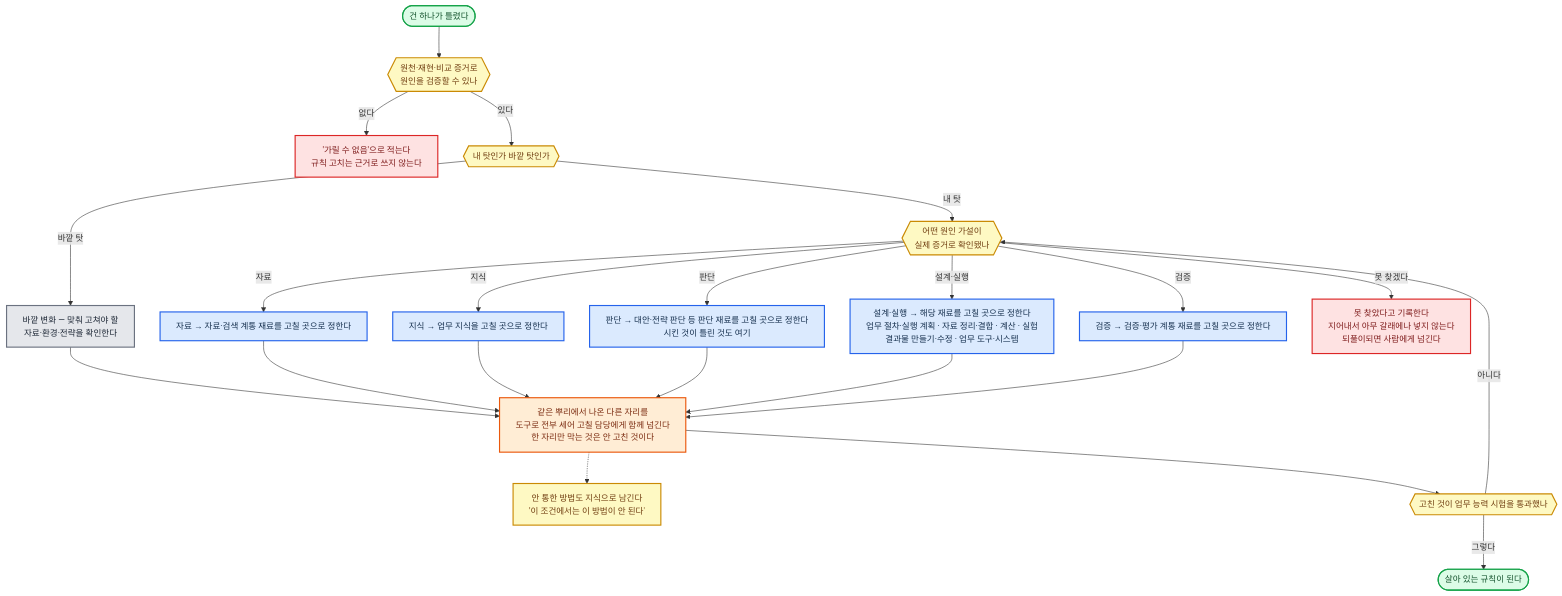
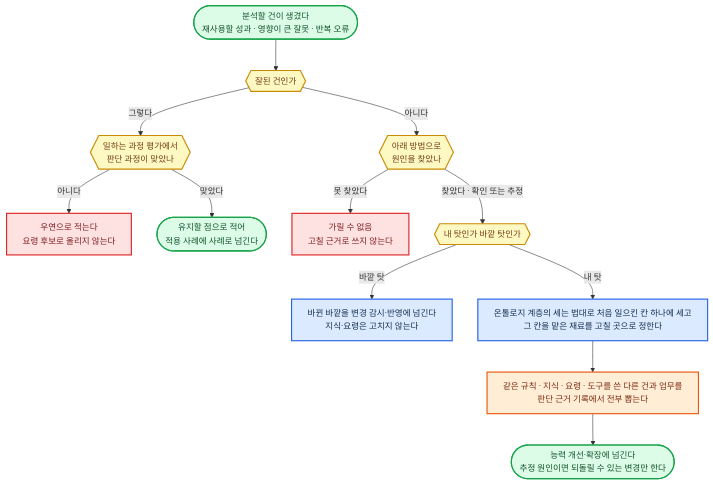
Before and after one commit to harisbaguette/expert: diagram 25 of 26 in 전문가 에이전트 정의 2.md, drawn with Mermaid. The commit also changed other lines of this file and 9 other files, not shown here.

````diff
--- a/전문가 에이전트 정의 2.md
+++ b/전문가 에이전트 정의 2.md
@@ -2451,47 +2798,20 @@
 ```mermaid
 %%{init: {"flowchart": {"wrappingWidth": 640, "curve": "basis", "nodeSpacing": 45, "rankSpacing": 55, "padding": 14, "useMaxWidth": true}, "themeVariables": {"fontSize": "15px"}} }%%
 flowchart TB
-    S(["건 하나가 틀렸다"]):::good
-    Q0{{"원천·재현·비교 증거로<br/>원인을 검증할 수 있나"}}:::note
-    NA["'가릴 수 없음'으로 적는다<br/>규칙 고치는 근거로 쓰지 않는다"]:::stop
-    Q1{{"내 탓인가 바깥 탓인가"}}:::note
-    OUT["바깥 변화 — 맞춰 고쳐야 할<br/>자료·환경·전략을 확인한다"]:::store
-    Q2{{"어떤 원인 가설이<br/>실제 증거로 확인됐나"}}:::note
-    G1["자료 → 자료·검색 계통 재료를 고칠 곳으로 정한다"]:::main
-    G2["지식 → 업무 지식을 고칠 곳으로 정한다"]:::main
-    G3["판단 → 대안·전략 판단 등 판단 재료를 고칠 곳으로 정한다<br/>시킨 것이 틀린 것도 여기"]:::main
-    G4["설계·실행 → 해당 재료를 고칠 곳으로 정한다<br/>업무 절차·실행 계획 · 자료 정리·결합 · 계산 · 실험<br/>결과물 만들기·수정 · 업무 도구·시스템"]:::main
-    G5["검증 → 검증·평가 계통 재료를 고칠 곳으로 정한다"]:::main
-    NF["못 찾았다고 기록한다<br/>지어내서 아무 갈래에나 넣지 않는다<br/>되풀이되면 사람에게 넘긴다"]:::stop
-    ROOT["같은 뿌리에서 나온 다른 자리를<br/>도구로 전부 세어 고칠 담당에게 함께 넘긴다<br/>한 자리만 막는 것은 안 고친 것이다"]:::back
-    NOTE["안 통한 방법도 지식으로 남긴다<br/>'이 조건에서는 이 방법이 안 된다'"]:::note
-    T{{"고친 것이 업무 능력 시험을 통과했나"}}:::note
-    OK(["살아 있는 규칙이 된다"]):::good
-    S --> Q0
-    Q0 -- "없다" --> NA
-    Q0 -- "있다" --> Q1
-    OUT --> ROOT
-    Q1 -- "내 탓" --> Q2
-    Q1 -- "바깥 탓" --> OUT
-    Q2 -- "자료" --> G1
-    Q2 -- "지식" --> G2
-    Q2 -- "판단" --> G3
-    Q2 -- "설계·실행" --> G4
-    Q2 -- "검증" --> G5
-    Q2 -- "못 찾겠다" --> NF
-    G1 --> ROOT
-    G2 --> ROOT
-    G3 --> ROOT
-    G4 --> ROOT
-    G5 --> ROOT
-    ROOT --> T
-    ROOT -.-> NOTE
-    T -- "아니다" --> Q2
-    T -- "그렇다" --> OK
     classDef main fill:#dbeafe,stroke:#2563eb,stroke-width:2px,color:#17314f
     classDef stop fill:#fee2e2,stroke:#dc2626,stroke-width:2px,color:#7f1d1d
     classDef back fill:#ffedd5,stroke:#ea580c,stroke-width:2px,color:#7c2d12
-    classDef store fill:#e5e7eb,stroke:#6b7280,stroke-width:2px,color:#1f2937
     classDef good fill:#dcfce7,stroke:#16a34a,stroke-width:2px,color:#14532d
     classDef note fill:#fef9c3,stroke:#ca8a04,stroke-width:2px,color:#713f12
+    S(["분석할 건이 생겼다<br/>재사용할 성과 · 영향이 큰 잘못 · 반복 오류"]):::good --> GOOD{{"잘된 건인가"}}:::note
+    GOOD -- "그렇다" --> PROC{{"일하는 과정 평가에서<br/>판단 과정이 맞았나"}}:::note
+    PROC -- "아니다" --> LUCK["우연으로 적는다<br/>요령 후보로 올리지 않는다"]:::stop
+    PROC -- "맞았다" --> KEEP(["유지할 점으로 적어<br/>적용 사례에 사례로 넘긴다"]):::good
+    GOOD -- "아니다" --> EV{{"아래 방법으로<br/>원인을 찾았나"}}:::note
+    EV -- "못 찾았다" --> NA["가릴 수 없음<br/>고칠 근거로 쓰지 않는다"]:::stop
+    EV -- "찾았다 · 확인 또는 추정" --> WHO{{"내 탓인가 바깥 탓인가"}}:::note
+    WHO -- "바깥 탓" --> OUT["바뀐 바깥을 변경 감시·반영에 넘긴다<br/>지식·요령은 고치지 않는다"]:::main
+    WHO -- "내 탓" --> CELL["온톨로지 계층의 세는 법대로 처음 일으킨 칸 하나에 세고<br/>그 칸을 맡은 재료를 고칠 곳으로 정한다"]:::main
+    CELL --> ROOT["같은 규칙 · 지식 · 요령 · 도구를 쓴 다른 건과 업무를<br/>판단 근거 기록에서 전부 뽑는다"]:::back
+    ROOT --> HAND(["능력 개선·확장에 넘긴다<br/>추정 원인이면 되돌릴 수 있는 변경만 한다"]):::good
 ```
````
